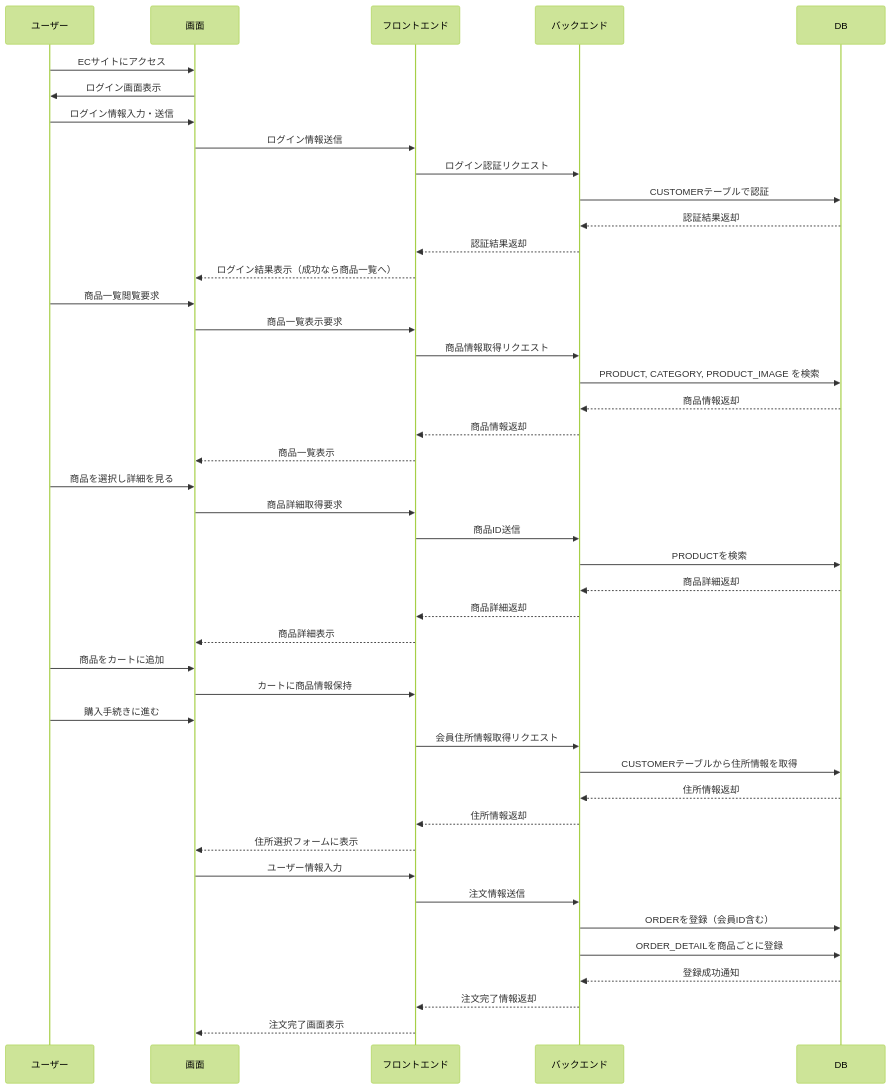
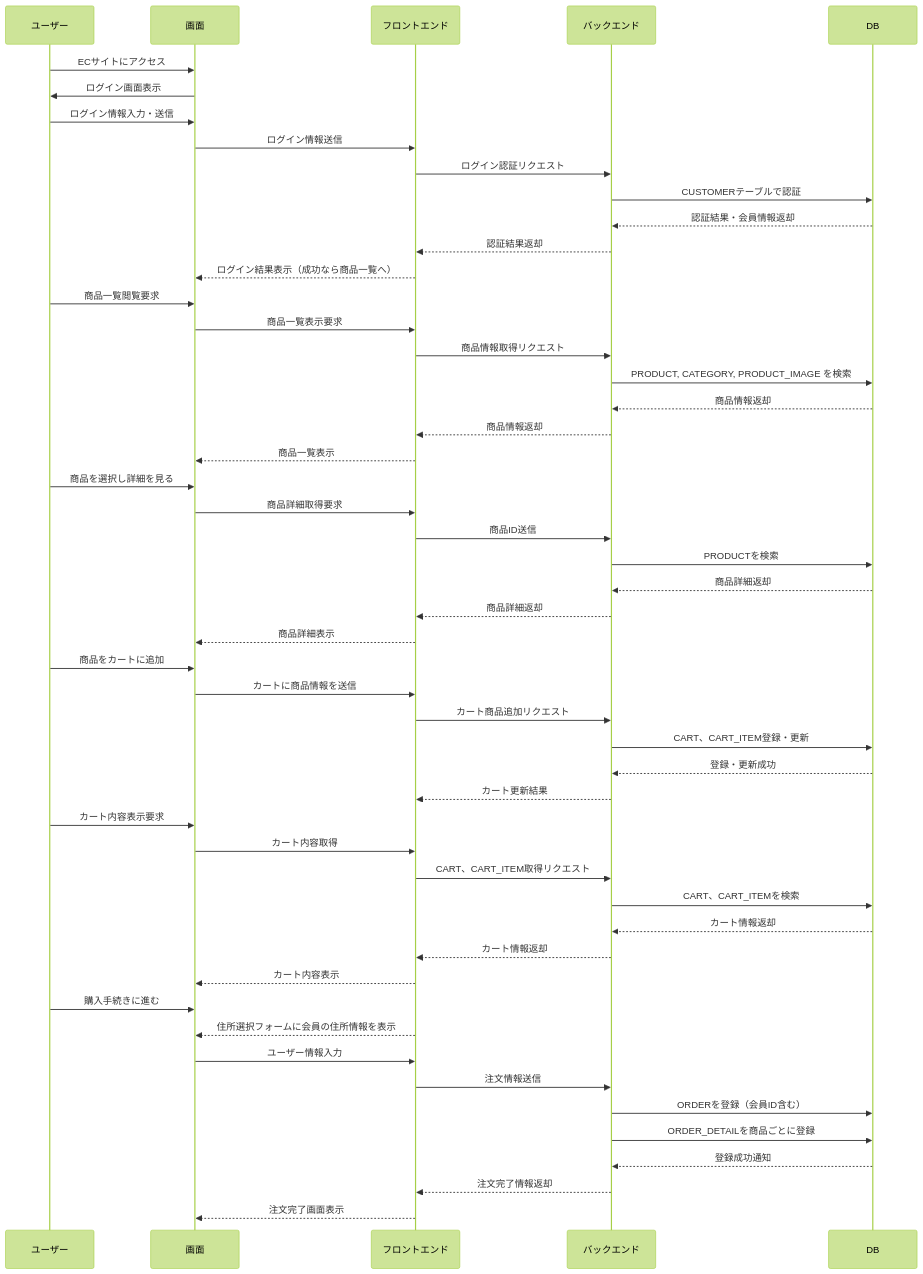
Before and after one commit to YUKlT0/Equipe: the third of 5 diagrams in 基本設計/各担当者ファイル/D.md, drawn with Mermaid (forest theme). The commit also changed other lines of this file and 1 other file, not shown here.

```diff
--- a/基本設計/各担当者ファイル/D.md
+++ b/基本設計/各担当者ファイル/D.md
@@ -231,52 +293,60 @@
 <div class="mermaid">
 sequenceDiagram
     participant ユーザー
     participant 画面
     participant フロントエンド
     participant バックエンド
     participant DB
 
     ユーザー->>画面: ECサイトにアクセス
     画面->>ユーザー: ログイン画面表示
     ユーザー->>画面: ログイン情報入力・送信
     画面->>フロントエンド: ログイン情報送信
     フロントエンド->>バックエンド: ログイン認証リクエスト
     バックエンド->>DB: CUSTOMERテーブルで認証
-    DB-->>バックエンド: 認証結果返却
+    DB-->>バックエンド: 認証結果・会員情報返却
     バックエンド-->>フロントエンド: 認証結果返却
     フロントエンド-->>画面: ログイン結果表示（成功なら商品一覧へ）
 
     ユーザー->>画面: 商品一覧閲覧要求
     画面->>フロントエンド: 商品一覧表示要求
     フロントエンド->>バックエンド: 商品情報取得リクエスト
     バックエンド->>DB: PRODUCT, CATEGORY, PRODUCT_IMAGE を検索
     DB-->>バックエンド: 商品情報返却
     バックエンド-->>フロントエンド: 商品情報返却
     フロントエンド-->>画面: 商品一覧表示
 
     ユーザー->>画面: 商品を選択し詳細を見る
     画面->>フロントエンド: 商品詳細取得要求
     フロントエンド->>バックエンド: 商品ID送信
     バックエンド->>DB: PRODUCTを検索
     DB-->>バックエンド: 商品詳細返却
     バックエンド-->>フロントエンド: 商品詳細返却
     フロントエンド-->>画面: 商品詳細表示
 
     ユーザー->>画面: 商品をカートに追加
-    画面->>フロントエンド: カートに商品情報保持
+    画面->>フロントエンド: カートに商品情報を送信
+    フロントエンド->>バックエンド: カート商品追加リクエスト
+    バックエンド->>DB: CART、CART_ITEM登録・更新
+    DB-->>バックエンド: 登録・更新成功
+    バックエンド-->>フロントエンド: カート更新結果
+
+    ユーザー->>画面: カート内容表示要求
+    画面->>フロントエンド: カート内容取得
+    フロントエンド->>バックエンド: CART、CART_ITEM取得リクエスト
+    バックエンド->>DB: CART、CART_ITEMを検索
+    DB-->>バックエンド: カート情報返却
+    バックエンド-->>フロントエンド: カート情報返却
+    フロントエンド-->>画面: カート内容表示
 
     ユーザー->>画面: 購入手続きに進む
-    フロントエンド->>バックエンド: 会員住所情報取得リクエスト
-    バックエンド->>DB: CUSTOMERテーブルから住所情報を取得
-    DB-->>バックエンド: 住所情報返却
-    バックエンド-->>フロントエンド: 住所情報返却
-    フロントエンド-->>画面: 住所選択フォームに表示
+    フロントエンド-->>画面: 住所選択フォームに会員の住所情報を表示
     画面->>フロントエンド: ユーザー情報入力
     フロントエンド->>バックエンド: 注文情報送信
 
     バックエンド->>DB: ORDERを登録（会員ID含む）
     バックエンド->>DB: ORDER_DETAILを商品ごとに登録
     DB-->>バックエンド: 登録成功通知
     バックエンド-->>フロントエンド: 注文完了情報返却
     フロントエンド-->>画面: 注文完了画面表示
 </div>
```
